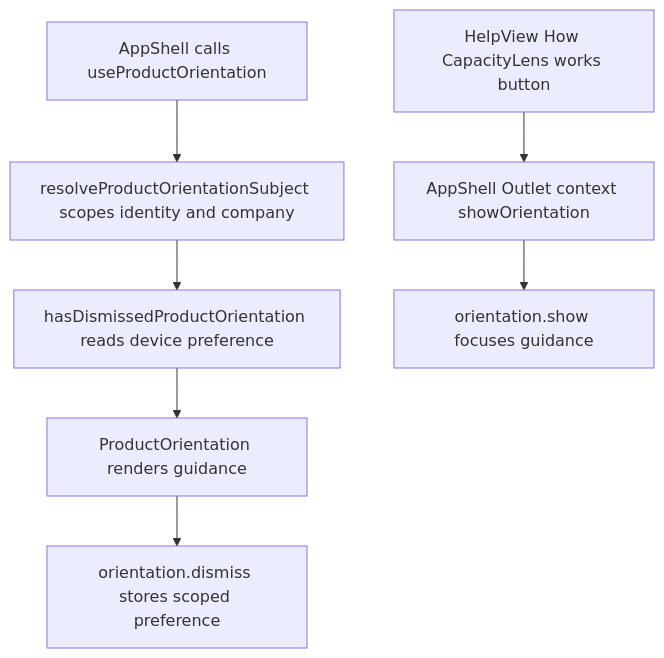
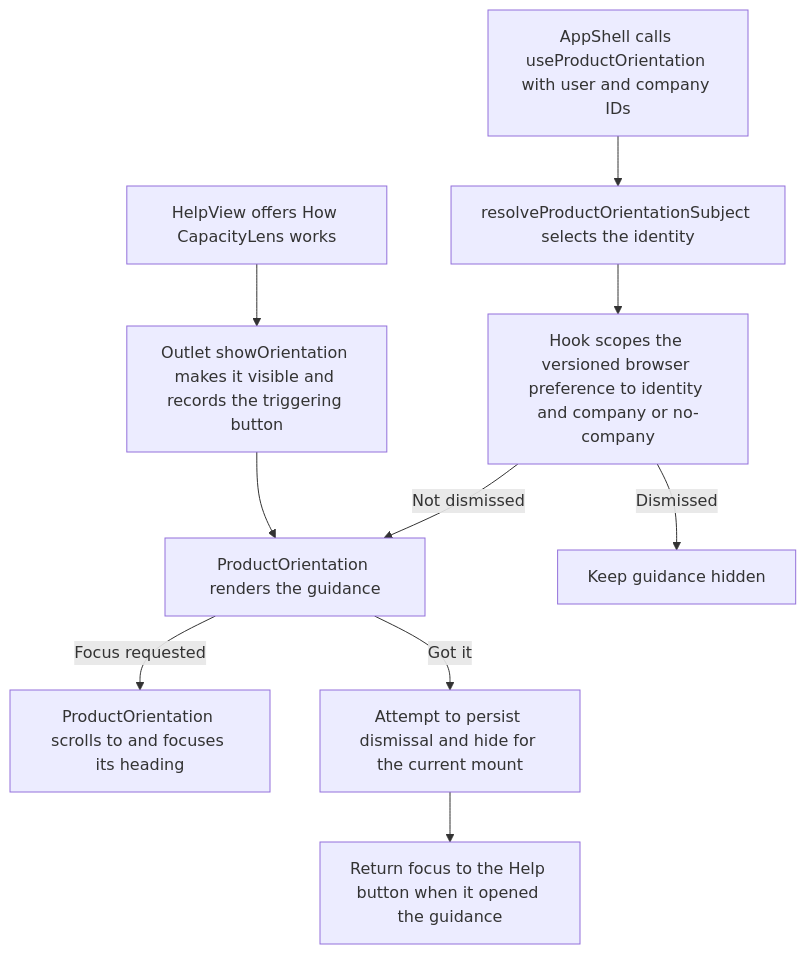
Before and after one commit to Kevinjohn/capacitylens: the second of 2 diagrams in user-stories/navigation/US-NAV-12-product-orientation.md, drawn with Mermaid. The commit also changed other lines of this file and 172 other files, not shown here.

Commit message:
docs: reconcile user story code flows with source

````diff
--- a/user-stories/navigation/US-NAV-12-product-orientation.md
+++ b/user-stories/navigation/US-NAV-12-product-orientation.md
@@ -34,8 +34,12 @@
 ```mermaid
 flowchart TD
-  app["AppShell calls useProductOrientation"] --> subject["resolveProductOrientationSubject scopes identity and company"]
-  subject --> pref["hasDismissedProductOrientation reads device preference"]
-  pref --> view["ProductOrientation renders guidance"]
-  click["HelpView How CapacityLens works button"] --> ctx["AppShell Outlet context showOrientation"] --> reopen["orientation.show focuses guidance"]
-  view --> dismiss["orientation.dismiss stores scoped preference"]
+  shell["AppShell calls useProductOrientation with user and company IDs"] --> subject["resolveProductOrientationSubject selects the identity"]
+  subject --> scope["Hook scopes the versioned browser preference to identity and company or no-company"]
+  scope -->|Not dismissed| render["ProductOrientation renders the guidance"]
+  scope -->|Dismissed| hidden["Keep guidance hidden"]
+  help["HelpView offers How CapacityLens works"] --> show["Outlet showOrientation makes it visible and records the triggering button"]
+  show --> render
+  render -->|Focus requested| focus["ProductOrientation scrolls to and focuses its heading"]
+  render -->|Got it| dismiss["Attempt to persist dismissal and hide for the current mount"]
+  dismiss --> restore["Return focus to the Help button when it opened the guidance"]
 ```
````
